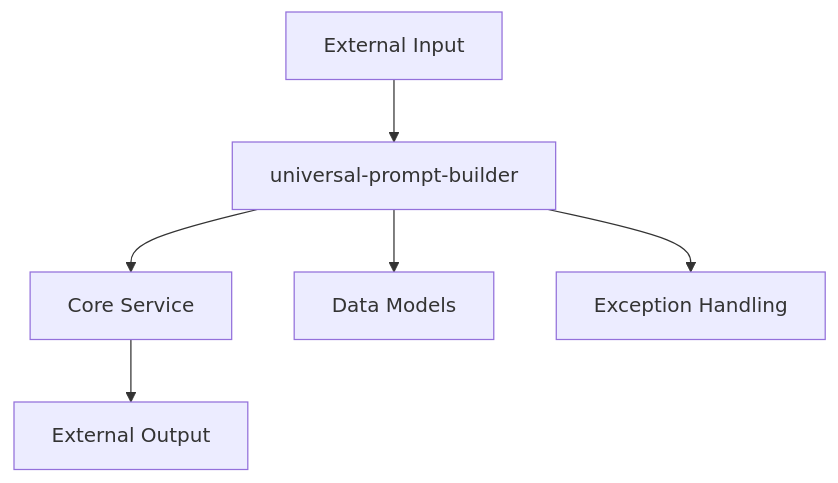
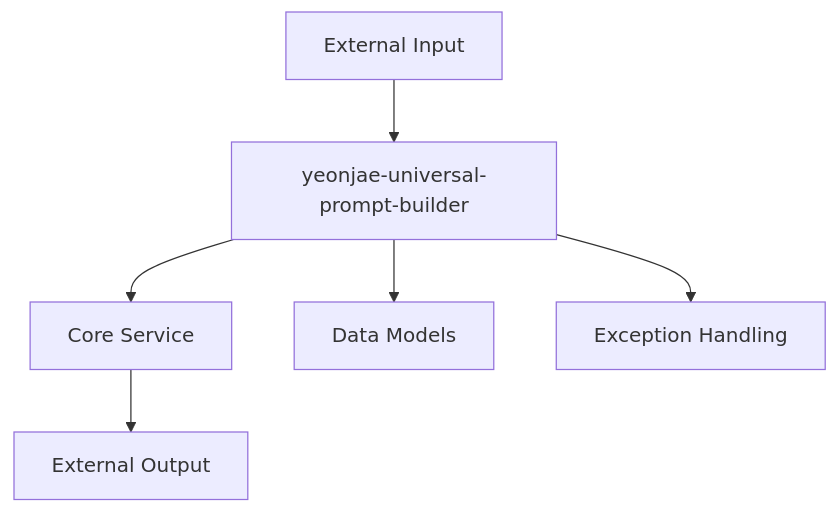
The first of 4 diagrams in packages/yeonjae-universal-prompt-builder/docs/technical-specification.md (yeonjae-work/universal-modules), drawn with Mermaid before and after one commit. The commit also changed other lines of this file and 11 other files, not shown here.

````diff
--- a/packages/yeonjae-universal-prompt-builder/docs/technical-specification.md
+++ b/packages/yeonjae-universal-prompt-builder/docs/technical-specification.md
@@ -23,8 +23,8 @@
 ```mermaid
 graph TB
-    A[External Input] --> B[universal-prompt-builder]
+    A[External Input] --> B[yeonjae-universal-prompt-builder]
     B --> C[Core Service]
     B --> D[Data Models]
     B --> E[Exception Handling]
     C --> F[External Output]
 ```
````
